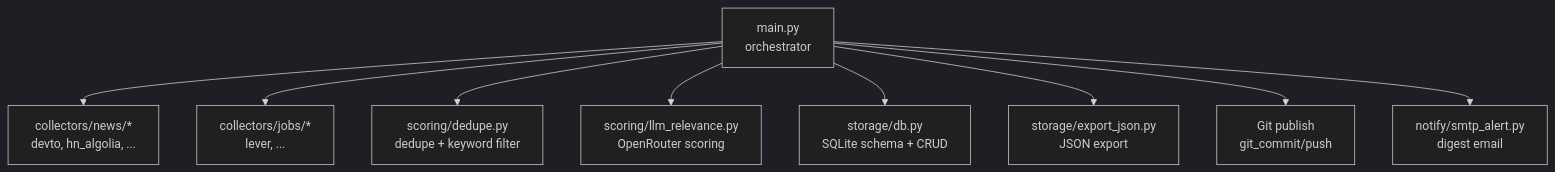
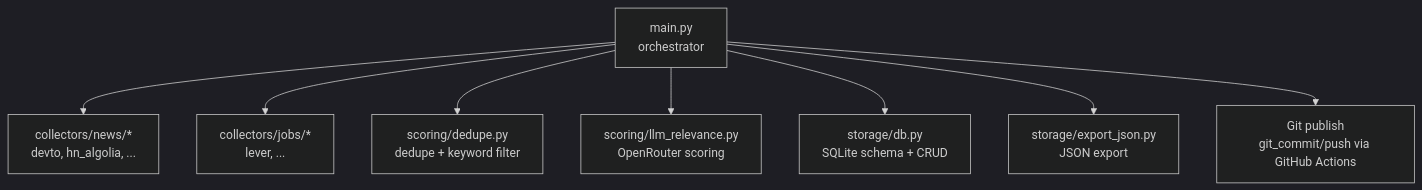
Before and after one commit to shakthi-vinayak/news: the first of 8 diagrams in .qoder/repowiki/en/content/Troubleshooting and FAQ.md, drawn with Mermaid (dark theme). The commit also changed other lines of this file and 32 other files, not shown here.

````diff
--- a/.qoder/repowiki/en/content/Troubleshooting and FAQ.md
+++ b/.qoder/repowiki/en/content/Troubleshooting and FAQ.md
@@ -49,11 +59,10 @@
 ```mermaid
 graph TB
 A["main.py<br/>orchestrator"] --> B["collectors/news/*<br/>devto, hn_algolia, ..."]
 A --> C["collectors/jobs/*<br/>lever, ..."]
 A --> D["scoring/dedupe.py<br/>dedupe + keyword filter"]
 A --> E["scoring/llm_relevance.py<br/>OpenRouter scoring"]
 A --> F["storage/db.py<br/>SQLite schema + CRUD"]
 A --> G["storage/export_json.py<br/>JSON export"]
-A --> H["Git publish<br/>git_commit/push"]
-A --> I["notify/smtp_alert.py<br/>digest email"]
+A --> H["Git publish<br/>git_commit/push via GitHub Actions"]
 ```
````
